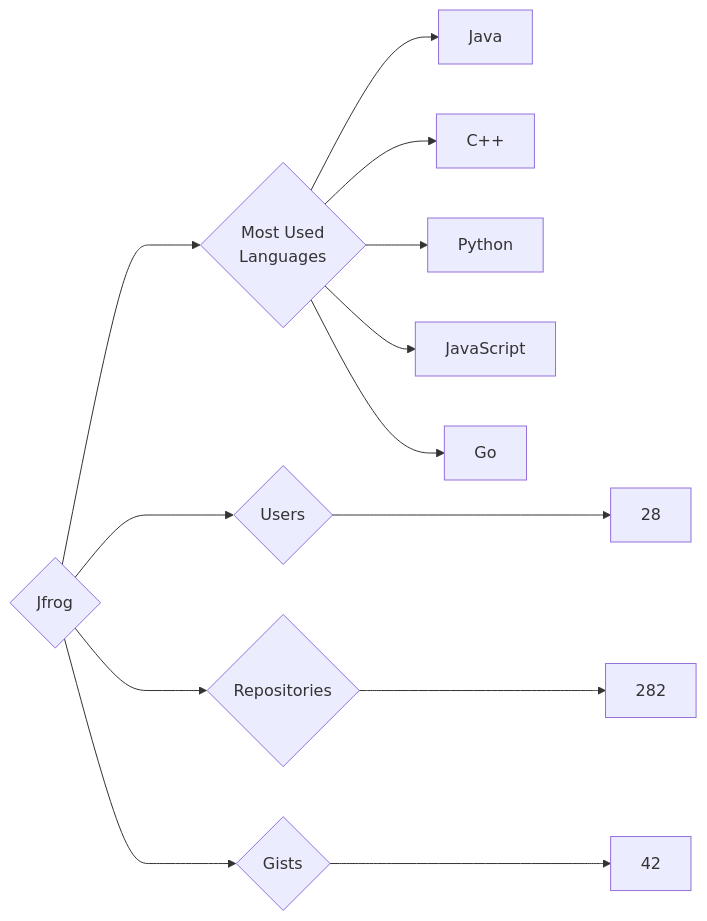
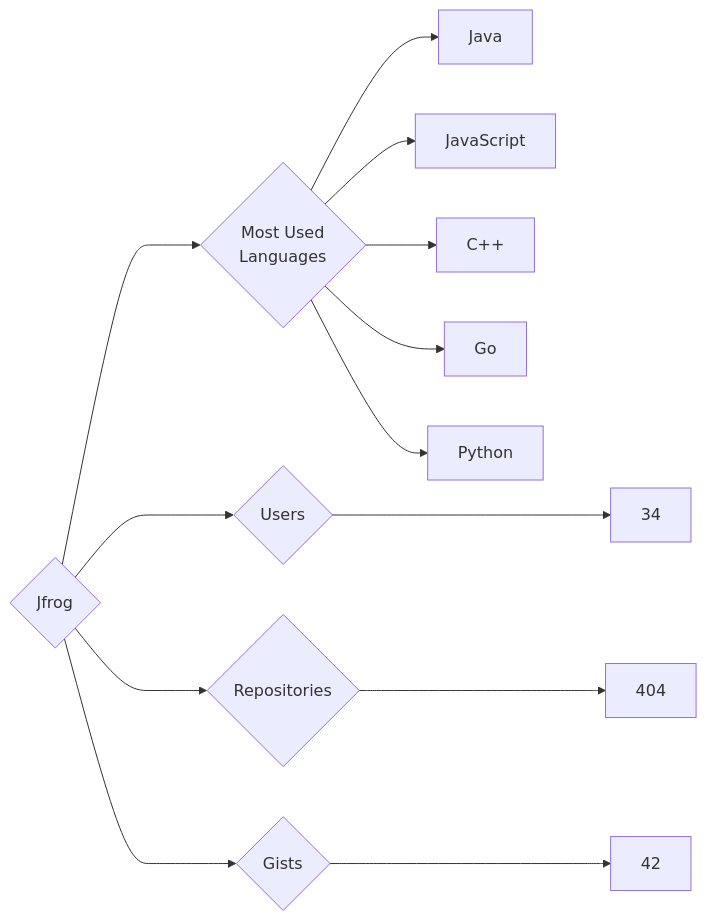
The diagram in targets/Jfrog/README.md (trickest/insiders), drawn with Mermaid before and after one commit. The commit also changed 930 other files, not shown here.

````diff
--- a/targets/Jfrog/README.md
+++ b/targets/Jfrog/README.md
@@ -3,13 +3,13 @@
 ```mermaid
 graph LR
 COMPANY_NAME{Jfrog}
-COMPANY_NAME ---> U{Users} ---> UN[28]
-COMPANY_NAME ---> R{Repositories} ---> RN[282]
+COMPANY_NAME ---> U{Users} ---> UN[34]
+COMPANY_NAME ---> R{Repositories} ---> RN[404]
 COMPANY_NAME ---> G{Gists} ---> GN[42]
 COMPANY_NAME ---> ML{Most Used<br>Languages}
 ML --> Java[Java]
+ML --> JavaScript[JavaScript]
 ML --> C++[C++]
+ML --> Go[Go]
 ML --> Python[Python]
-ML --> JavaScript[JavaScript]
-ML --> Go[Go]
 ```
````
